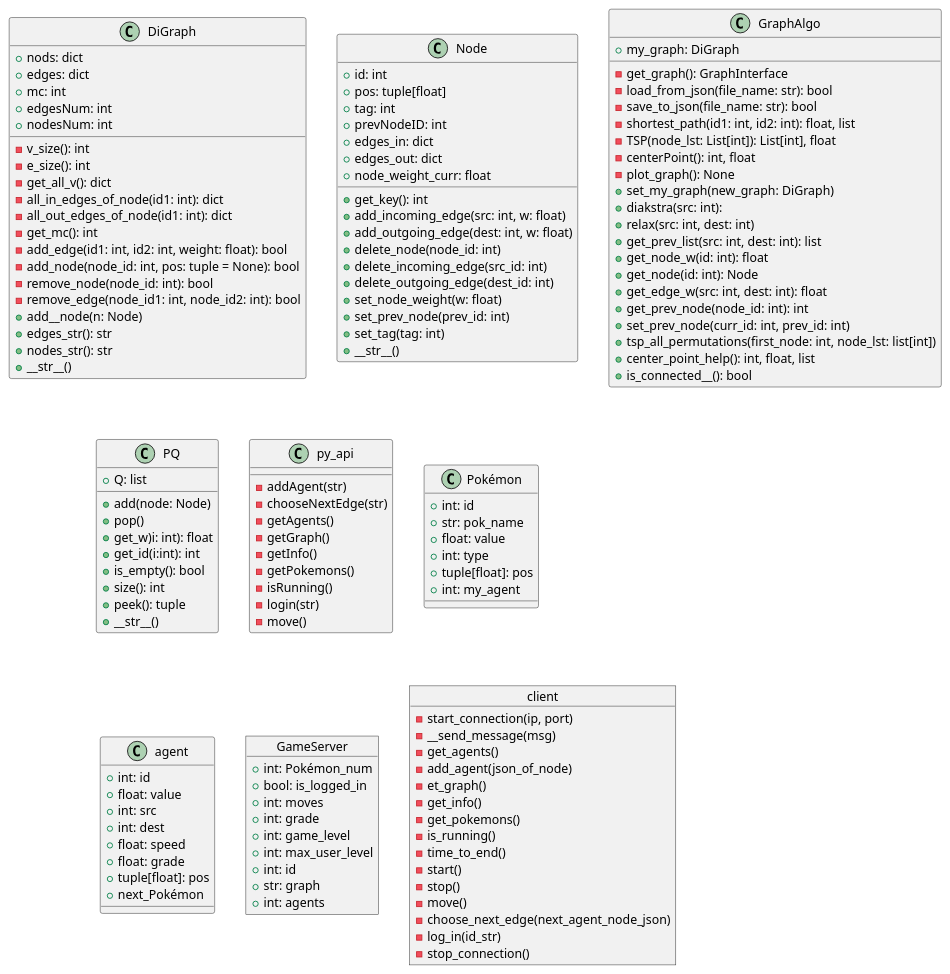
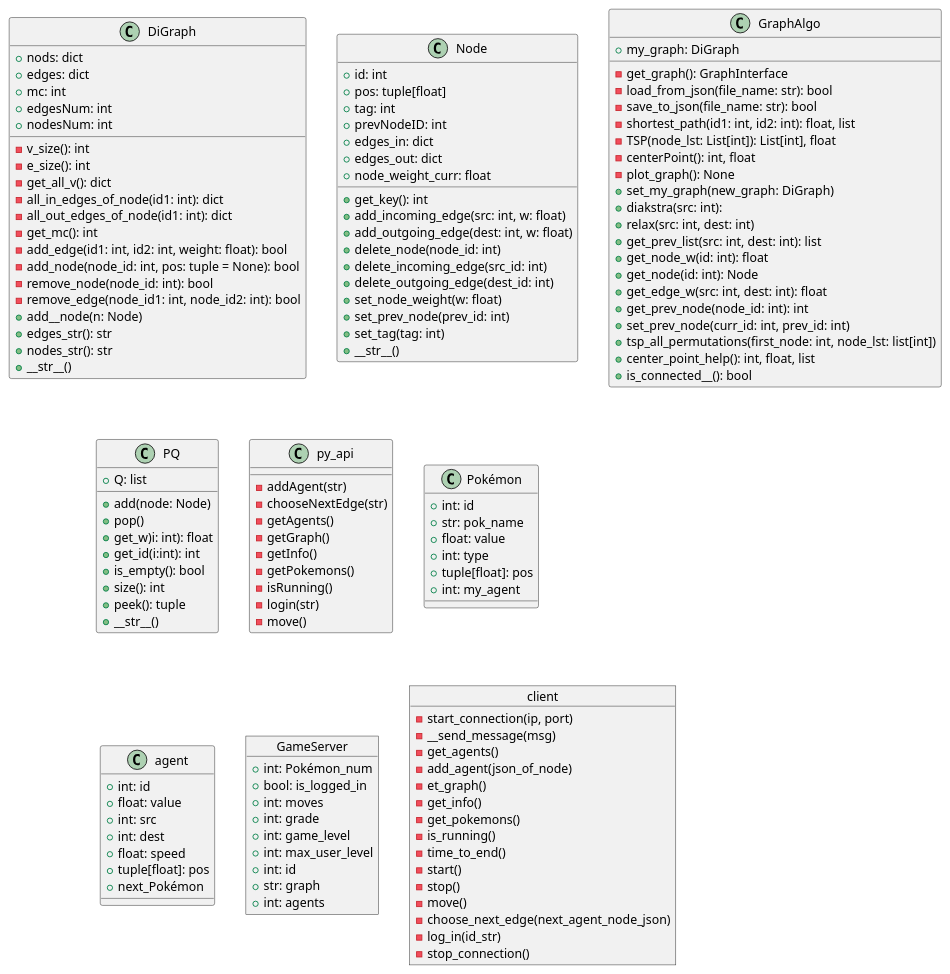
Before and after one commit to Matanel1995/OOP-Ex4-Pokemon-Game: the diagram in docs/OOP_Ex4_uml.puml, drawn with PlantUML. The commit also changed 39 other files, not shown here.

```diff
--- a/docs/OOP_Ex4_uml.puml
+++ b/docs/OOP_Ex4_uml.puml
@@ -2,146 +2,145 @@
 @startuml
 
 
 class DiGraph{
 +nods: dict
 +edges: dict
 +mc: int
 +edgesNum: int
 +nodesNum: int
 -v_size(): int
 -e_size(): int
 -get_all_v(): dict
 -all_in_edges_of_node(id1: int): dict
 -all_out_edges_of_node(id1: int): dict
 -get_mc(): int
 -add_edge(id1: int, id2: int, weight: float): bool
 -add_node(node_id: int, pos: tuple = None): bool
 -remove_node(node_id: int): bool
 -remove_edge(node_id1: int, node_id2: int): bool
 +add__node(n: Node)
 +edges_str(): str
 +nodes_str(): str
 +__str__()
 }
 
 class Node{
 +id: int
 +pos: tuple[float]
 +tag: int
 +prevNodeID: int
 +edges_in: dict
 +edges_out: dict
 +node_weight_curr: float
 +get_key(): int
 +add_incoming_edge(src: int, w: float)
 +add_outgoing_edge(dest: int, w: float)
 +delete_node(node_id: int)
 +delete_incoming_edge(src_id: int)
 +delete_outgoing_edge(dest_id: int)
 +set_node_weight(w: float)
 +set_prev_node(prev_id: int)
 +set_tag(tag: int)
 +__str__()
 }
 
 class GraphAlgo{
 +my_graph: DiGraph
 -get_graph(): GraphInterface
 -load_from_json(file_name: str): bool
 -save_to_json(file_name: str): bool
 -shortest_path(id1: int, id2: int): float, list
 -TSP(node_lst: List[int]): List[int], float
 -centerPoint(): int, float
 -plot_graph(): None
 +set_my_graph(new_graph: DiGraph)
 +diakstra(src: int):
 +relax(src: int, dest: int)
 +get_prev_list(src: int, dest: int): list
 +get_node_w(id: int): float
 +get_node(id: int): Node
 '+get_node_tag(id: int): int
 '+set_node_tag(id: int, tag)
 '+set_path_w(id: int, w: float)
 +get_edge_w(src: int, dest: int): float
 +get_prev_node(node_id: int): int
 +set_prev_node(curr_id: int, prev_id: int)
 +tsp_all_permutations(first_node: int, node_lst: list[int])
 +center_point_help(): int, float, list
 +is_connected__(): bool
 }
 
 class PQ{
 +Q: list
 +add(node: Node)
 +pop()
 +get_w)i: int): float
 +get_id(i:int): int
 +is_empty(): bool
 +size(): int
 +peek(): tuple
 +__str__()
 }
 
 class py_api{
 -addAgent(str)
 -chooseNextEdge(str)
 -getAgents()
 -getGraph()
 -getInfo()
 -getPokemons()
 -isRunning()
 -login(str)
 -move()
 }
 
 class Pokémon{
 +int: id
 +str: pok_name
 +float: value
 +int: type
 +tuple[float]: pos
 +int: my_agent
 }
 
 class agent{
 +int: id
 +float: value
 +int: src
 +int: dest
 +float: speed
-+float: grade
 +tuple[float]: pos
 +next_Pokémon
 }
 
 object GameServer{
 +int: Pokémon_num
 +bool: is_logged_in
 +int: moves
 +int: grade
 +int: game_level
 +int: max_user_level
 +int: id
 +str: graph
 +int: agents
 }
 
 object client{
 -start_connection(ip, port)
 -__send_message(msg)
 -get_agents()
 -add_agent(json_of_node)
 -et_graph()
 -get_info()
 -get_pokemons()
 -is_running()
 -time_to_end()
 -start()
 -stop()
 -move()
 -choose_next_edge(next_agent_node_json)
 -log_in(id_str)
 -stop_connection()
 }
 
 @enduml
```
